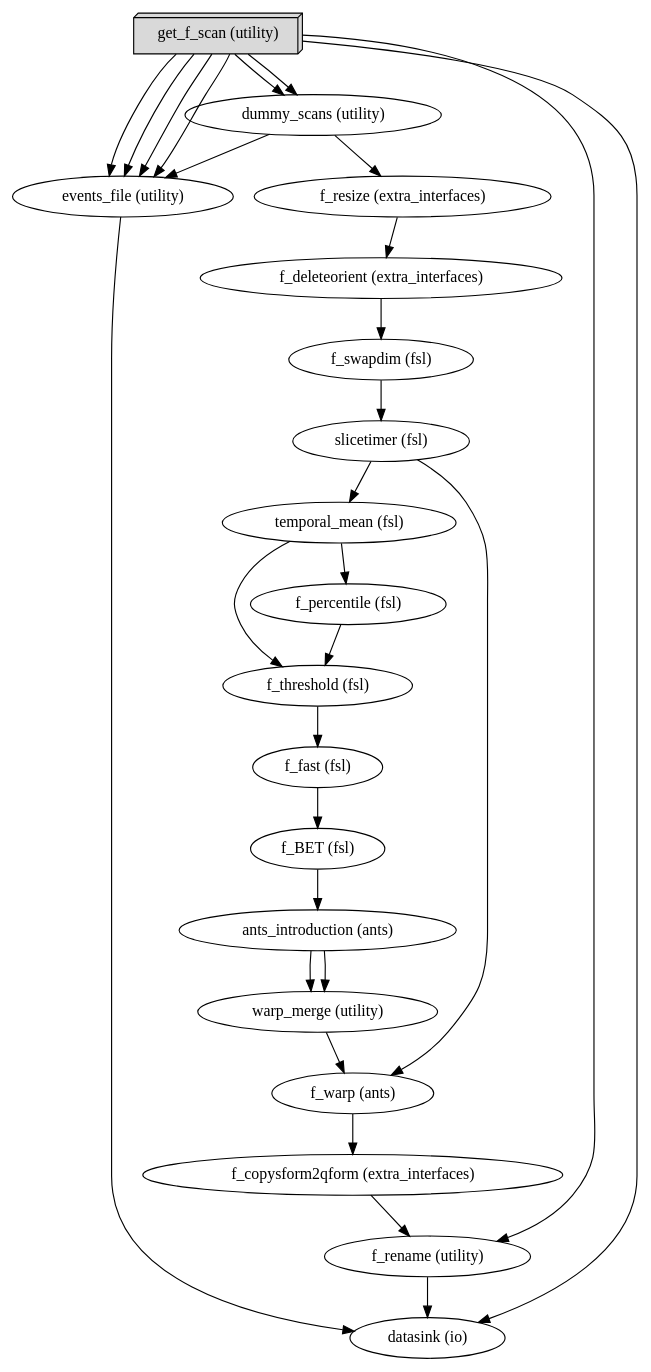
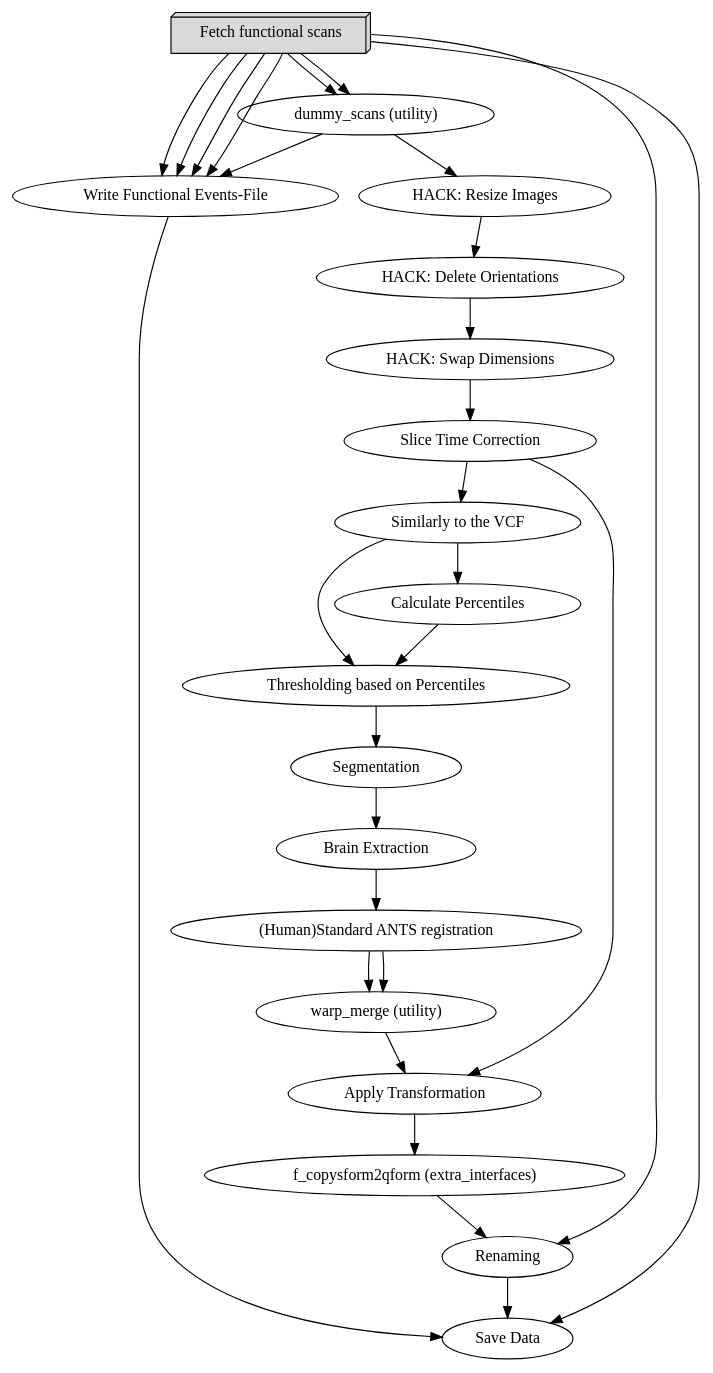
Before and after one commit to Jimmy2027/mlebe_RepSep: the diagram in data/legacy.dot, drawn with Graphviz. The commit also changed 1 other file, not shown here.

```diff
--- a/data/legacy.dot
+++ b/data/legacy.dot
@@ -1,48 +1,48 @@
 digraph legacy_work{
-  legacy_work_get_f_scan[label="get_f_scan (utility)", shape=box3d,style=filled, color=black, colorscheme=greys7 fillcolor=2];
+  legacy_work_get_f_scan[label="Fetch functional scans", shape=box3d,style=filled, color=black, colorscheme=greys7 fillcolor=2];
   legacy_work_dummy_scans[label="dummy_scans (utility)"];
-  legacy_work_f_resize[label="f_resize (extra_interfaces)"];
-  legacy_work_f_deleteorient[label="f_deleteorient (extra_interfaces)"];
-  legacy_work_f_swapdim[label="f_swapdim (fsl)"];
-  legacy_work_slicetimer[label="slicetimer (fsl)"];
-  legacy_work_temporal_mean[label="temporal_mean (fsl)"];
-  legacy_work_f_percentile[label="f_percentile (fsl)"];
-  legacy_work_f_threshold[label="f_threshold (fsl)"];
-  legacy_work_f_fast[label="f_fast (fsl)"];
-  legacy_work_f_BET[label="f_BET (fsl)"];
-  legacy_work_ants_introduction[label="ants_introduction (ants)"];
+  legacy_work_f_resize[label="HACK: Resize Images"];
+  legacy_work_f_deleteorient[label="HACK: Delete Orientations"];
+  legacy_work_f_swapdim[label="HACK: Swap Dimensions"];
+  legacy_work_slicetimer[label="Slice Time Correction"];
+  legacy_work_temporal_mean[label="Similarly to the VCF "];
+  legacy_work_f_percentile[label="Calculate Percentiles"];
+  legacy_work_f_threshold[label="Thresholding based on Percentiles"];
+  legacy_work_f_fast[label="Segmentation"];
+  legacy_work_f_BET[label="Brain Extraction"];
+  legacy_work_ants_introduction[label="(Human)Standard ANTS registration"];
   legacy_work_warp_merge[label="warp_merge (utility)"];
-  legacy_work_f_warp[label="f_warp (ants)"];
+  legacy_work_f_warp[label="Apply Transformation"];
   legacy_work_f_copysform2qform[label="f_copysform2qform (extra_interfaces)"];
-  legacy_work_f_rename[label="f_rename (utility)"];
-  legacy_work_events_file[label="events_file (utility)"];
-  legacy_work_datasink[label="datasink (io)"];
+  legacy_work_f_rename[label="Renaming"];
+  legacy_work_events_file[label="Write Functional Events-File"];
+  legacy_work_datasink[label="Save Data"];
   legacy_work_get_f_scan -> legacy_work_dummy_scans;
   legacy_work_get_f_scan -> legacy_work_dummy_scans;
   legacy_work_get_f_scan -> legacy_work_f_rename;
   legacy_work_get_f_scan -> legacy_work_datasink;
   legacy_work_get_f_scan -> legacy_work_events_file;
   legacy_work_get_f_scan -> legacy_work_events_file;
   legacy_work_get_f_scan -> legacy_work_events_file;
   legacy_work_get_f_scan -> legacy_work_events_file;
   legacy_work_dummy_scans -> legacy_work_events_file;
   legacy_work_dummy_scans -> legacy_work_f_resize;
   legacy_work_f_resize -> legacy_work_f_deleteorient;
   legacy_work_f_deleteorient -> legacy_work_f_swapdim;
   legacy_work_f_swapdim -> legacy_work_slicetimer;
   legacy_work_slicetimer -> legacy_work_temporal_mean;
   legacy_work_slicetimer -> legacy_work_f_warp;
   legacy_work_temporal_mean -> legacy_work_f_percentile;
   legacy_work_temporal_mean -> legacy_work_f_threshold;
   legacy_work_f_percentile -> legacy_work_f_threshold;
   legacy_work_f_threshold -> legacy_work_f_fast;
   legacy_work_f_fast -> legacy_work_f_BET;
   legacy_work_f_BET -> legacy_work_ants_introduction;
   legacy_work_ants_introduction -> legacy_work_warp_merge;
   legacy_work_ants_introduction -> legacy_work_warp_merge;
   legacy_work_warp_merge -> legacy_work_f_warp;
   legacy_work_f_warp -> legacy_work_f_copysform2qform;
   legacy_work_f_copysform2qform -> legacy_work_f_rename;
   legacy_work_f_rename -> legacy_work_datasink;
   legacy_work_events_file -> legacy_work_datasink;
 }
```
